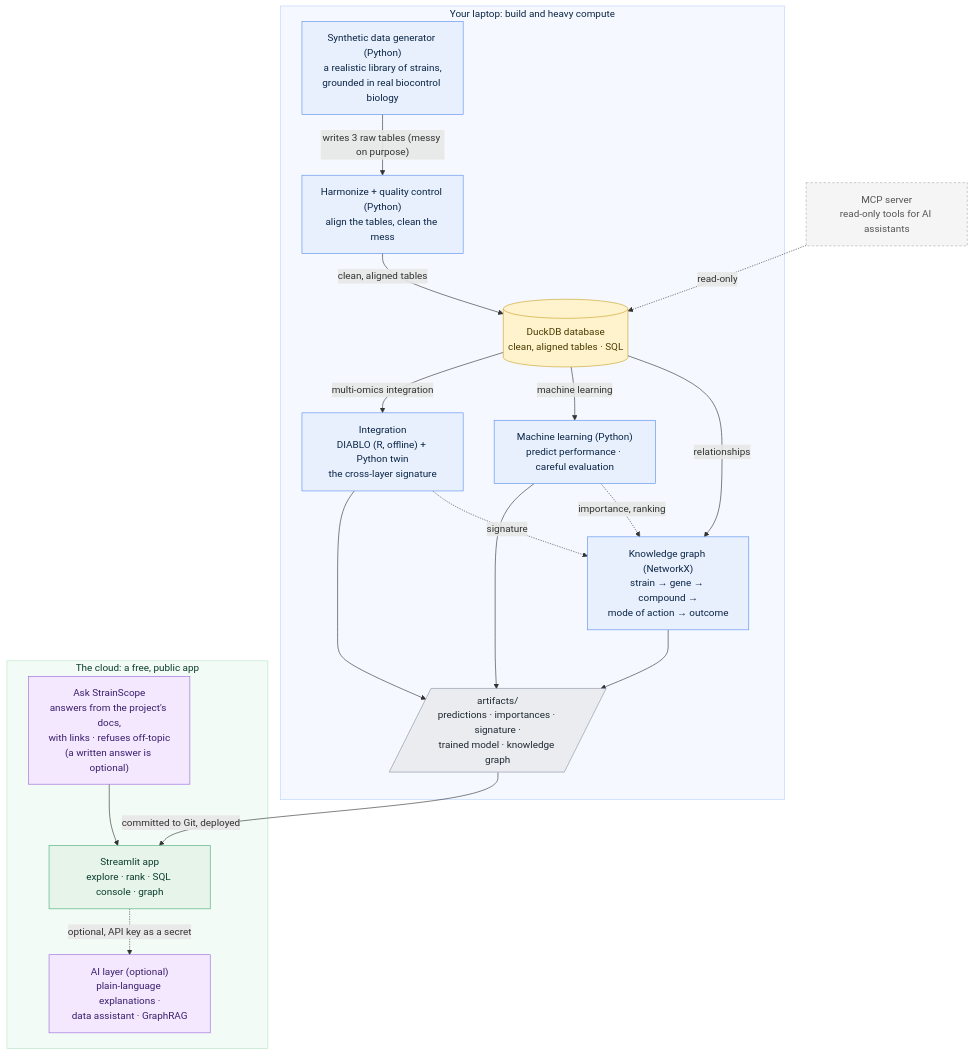
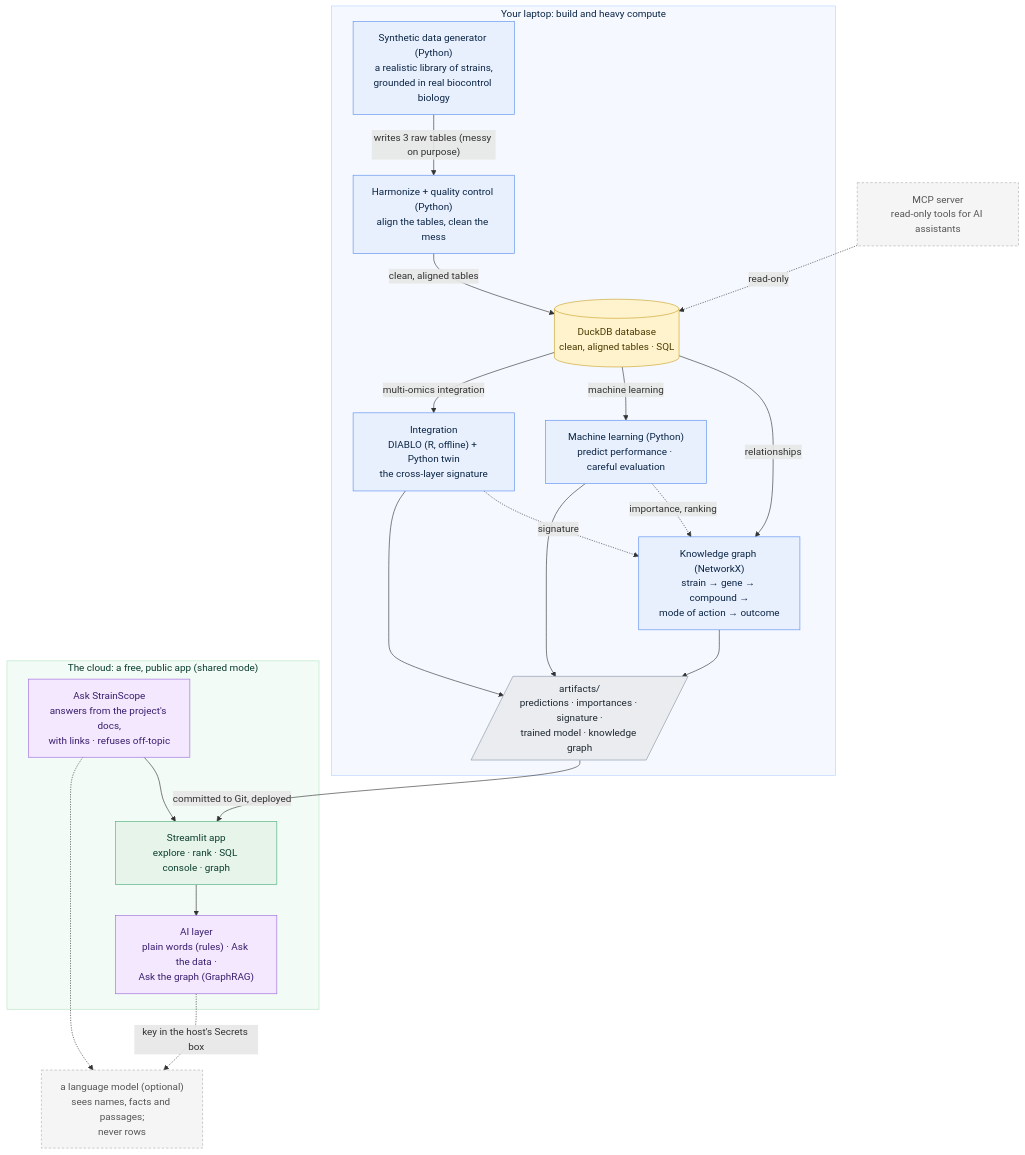
Before and after one commit to akannan2987/strainscope: the diagram in README.md, drawn with Mermaid. The commit also changed other lines of this file and 84 other files, not shown here.

Commit message:
feat: add the online copy, plain-language explanations, Ask the data and Ask the graph

````diff
--- a/README.md
+++ b/README.md
@@ -129,47 +130,50 @@
 ```mermaid
 flowchart TD
     subgraph LAPTOP["Your laptop: build and heavy compute"]
         A["Synthetic data generator (Python)<br/>a realistic library of strains,<br/>grounded in real biocontrol biology"]
         B["Harmonize + quality control (Python)<br/>align the tables, clean the mess"]
         C[("DuckDB database<br/>clean, aligned tables · SQL")]
         D["Integration<br/>DIABLO (R, offline) + Python twin<br/>the cross-layer signature"]
         E["Machine learning (Python)<br/>predict performance · careful evaluation"]
         F["Knowledge graph (NetworkX)<br/>strain → gene → compound →<br/>mode of action → outcome"]
         G[/"artifacts/<br/>predictions · importances · signature ·<br/>trained model · knowledge graph"/]
     end
-    subgraph CLOUD["The cloud: a free, public app"]
+    subgraph CLOUD["The cloud: a free, public app (shared mode)"]
         H["Streamlit app<br/>explore · rank · SQL console · graph"]
-        I["AI layer (optional)<br/>plain-language explanations ·<br/>data assistant · GraphRAG"]
-        Q["Ask StrainScope<br/>answers from the project's docs,<br/>with links · refuses off-topic<br/>(a written answer is optional)"]
+        I["AI layer<br/>plain words (rules) · Ask the data ·<br/>Ask the graph (GraphRAG)"]
+        Q["Ask StrainScope<br/>answers from the project's docs,<br/>with links · refuses off-topic"]
     end
+    L["a language model (optional)<br/>sees names, facts and passages;<br/>never rows"]
     M["MCP server<br/>read-only tools for AI assistants"]
     A -->|"writes 3 raw tables (messy on purpose)"| B
     B -->|clean, aligned tables| C
     C -->|multi-omics integration| D
     C -->|machine learning| E
     C -->|relationships| F
     D --> G
     E --> G
     D -.->|signature| F
     E -.->|importance, ranking| F
     F --> G
     G -->|committed to Git, deployed| H
-    H -.->|optional, API key as a secret| I
+    H --> I
+    I -.->|"key in the host's Secrets box"| L
+    Q -.-> L
     Q --> H
     M -.->|read-only| C
 
     classDef laptop fill:#E8F0FE,stroke:#5B8DEF,color:#0B2545;
     classDef store fill:#FFF3CD,stroke:#C9A227,color:#4A3B00;
     classDef artifact fill:#EAECEF,stroke:#8A94A6,color:#1F2933;
     classDef cloud fill:#E6F4EA,stroke:#4CAF7D,color:#0B3D2E;
     classDef ai fill:#F3E8FD,stroke:#9C6ADE,color:#3A1D6E;
     classDef roadmap fill:#F5F5F5,stroke:#B0B0B0,color:#555555,stroke-dasharray:4 3;
     class A,B,D,E,F laptop
     class C store
     class G artifact
     class H cloud
     class I,Q ai
-    class M roadmap
+    class M,L roadmap
     style LAPTOP fill:#F5F9FF,stroke:#B9D2FF,color:#0B2545
     style CLOUD fill:#F2FBF5,stroke:#B7E4C7,color:#0B3D2E
 ```
````
